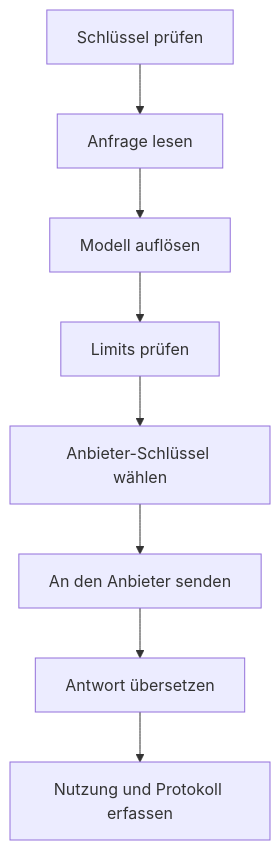
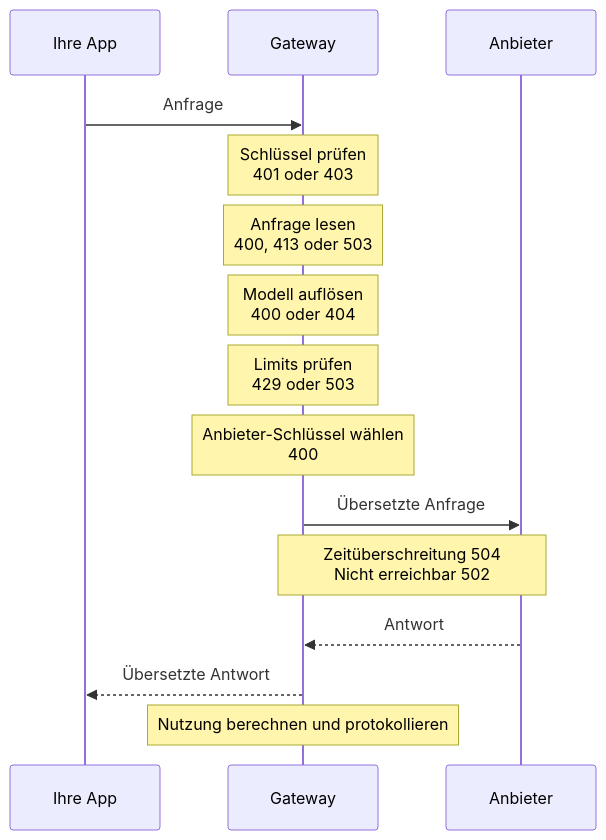
Before and after one commit to logicplanes/kaeso: the diagram in apps/docs/content/de/concepts/request-flow.md, drawn with Mermaid. The commit also changed other lines of this file and 59 other files, not shown here.

First line of the commit message:
Redraw the introduction's and concept pages' diagrams so each tells its story at a glance

````diff
--- a/apps/docs/content/de/concepts/request-flow.md
+++ b/apps/docs/content/de/concepts/request-flow.md
@@ -9,12 +9,19 @@
 ```mermaid
-flowchart TD
+sequenceDiagram
   accTitle: Ablauf einer Anfrage
-  accDescr: Das Gateway prüft den Schlüssel, liest die Anfrage, löst das Modell auf, prüft die Limits und wählt den Anbieter-Schlüssel. Dann sendet es die Anfrage an den Anbieter, übersetzt die Antwort in das Format der App und erfasst Nutzung und Anfrageprotokoll.
-  key[Schlüssel prüfen] --> request[Anfrage lesen]
-  request --> model[Modell auflösen]
-  model --> limits[Limits prüfen]
-  limits --> pkey[Anbieter-Schlüssel wählen]
-  pkey --> send[An den Anbieter senden]
-  send --> reply[Antwort übersetzen]
-  reply --> log[Nutzung und Protokoll erfassen]
+  accDescr: Die App sendet eine Anfrage an das Gateway. Das Gateway prüft den Schlüssel, liest die Anfrage, löst das Modell auf, prüft die Limits und wählt den Anbieter-Schlüssel; jede Prüfung kann die Anfrage mit den gezeigten Status ablehnen. Es sendet die übersetzte Anfrage an den Anbieter, gibt die übersetzte Antwort an die App zurück und berechnet dann die Nutzung und protokolliert die Anfrage.
+  participant App as Ihre App
+  participant Gateway
+  participant Provider as Anbieter
+  App->>Gateway: Anfrage
+  Note over Gateway: Schlüssel prüfen<br>401 oder 403
+  Note over Gateway: Anfrage lesen<br>400, 413 oder 503
+  Note over Gateway: Modell auflösen<br>400 oder 404
+  Note over Gateway: Limits prüfen<br>429 oder 503
+  Note over Gateway: Anbieter-Schlüssel wählen<br>400
+  Gateway->>Provider: Übersetzte Anfrage
+  Note over Gateway,Provider: Zeitüberschreitung 504<br>Nicht erreichbar 502
+  Provider-->>Gateway: Antwort
+  Gateway-->>App: Übersetzte Antwort
+  Note over Gateway: Nutzung berechnen und protokollieren
 ```
````
